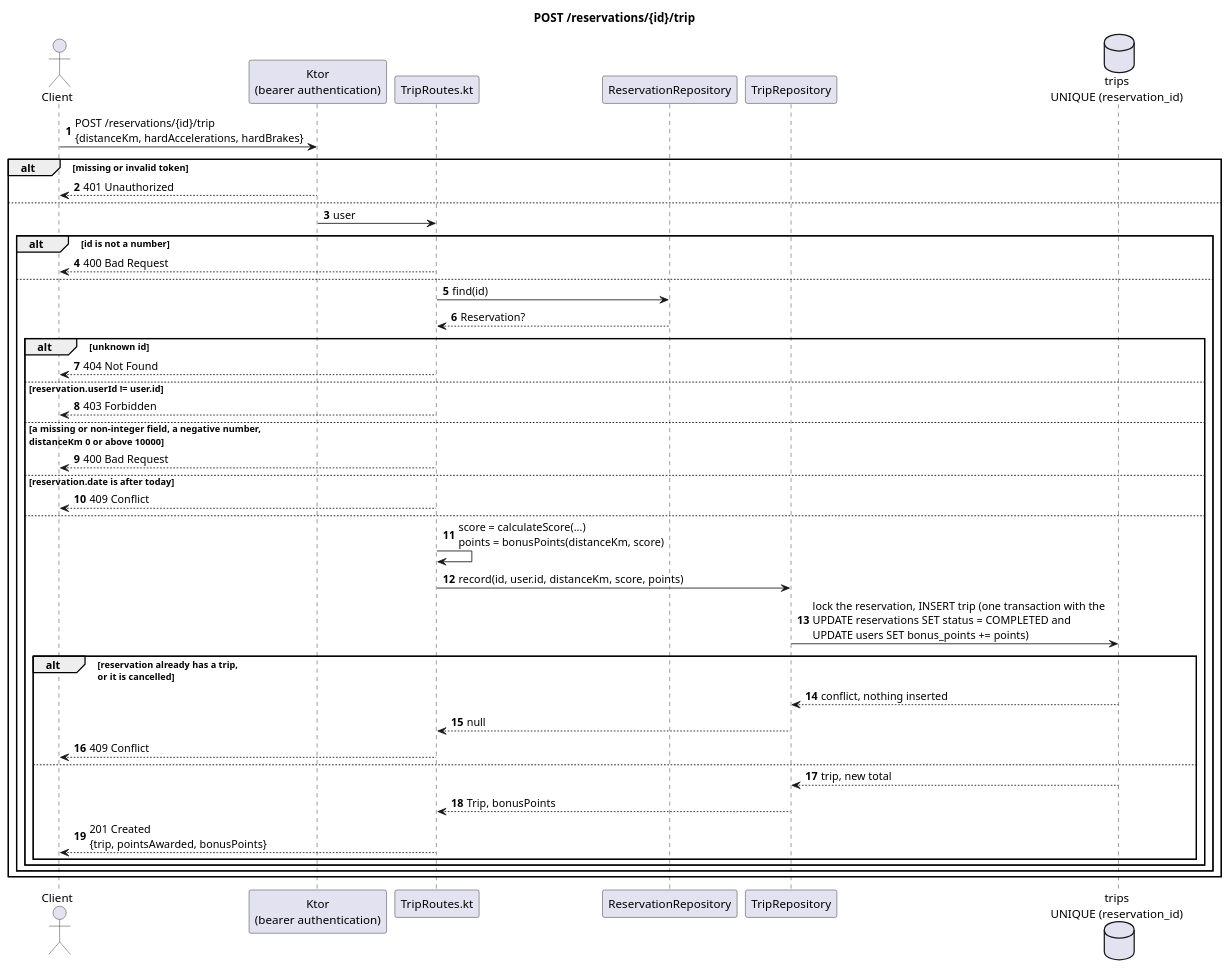
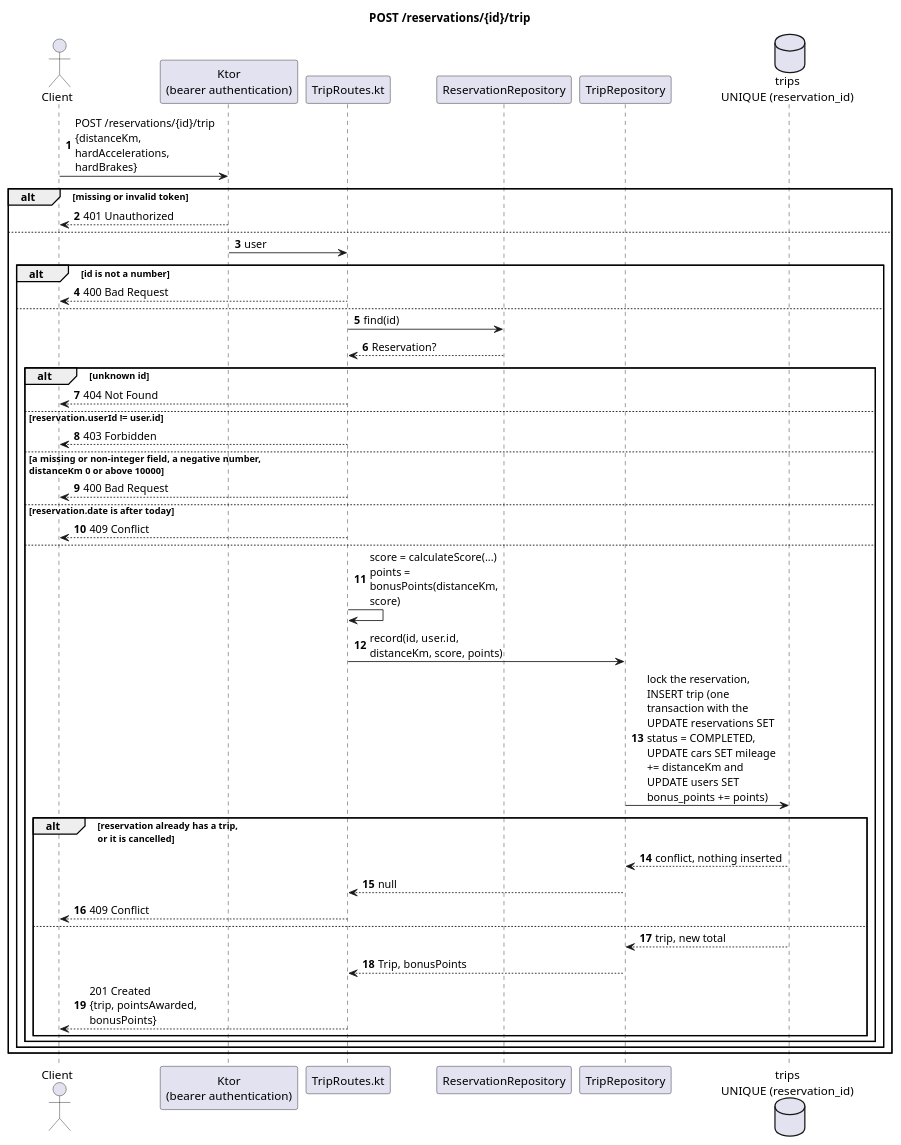
The diagram in docs/diagrams/sequence-record-trip.puml (Rent-a-car-38291/rent-a-car), drawn with PlantUML before and after one commit. The commit also changed 3 other files, not shown here.

Commit message:
Show the mileage update in the trip diagram and narrow the login and trip diagrams

```diff
--- a/docs/diagrams/sequence-record-trip.puml
+++ b/docs/diagrams/sequence-record-trip.puml
@@ -1,47 +1,49 @@
 @startuml
 title POST /reservations/{id}/trip
 autonumber
+skinparam maxMessageSize 170
+skinparam wrapWidth 200
 
 actor Client
 participant "Ktor\n(bearer authentication)" as Auth
 participant "TripRoutes.kt" as Route
 participant "ReservationRepository" as Reservations
 participant "TripRepository" as Repo
 database "trips\nUNIQUE (reservation_id)" as Db
 
 Client -> Auth : POST /reservations/{id}/trip\n{distanceKm, hardAccelerations, hardBrakes}
 alt missing or invalid token
   Auth --> Client : 401 Unauthorized
 else
   Auth -> Route : user
   alt id is not a number
     Route --> Client : 400 Bad Request
   else
     Route -> Reservations : find(id)
     Reservations --> Route : Reservation?
     alt unknown id
       Route --> Client : 404 Not Found
     else reservation.userId != user.id
       Route --> Client : 403 Forbidden
     else a missing or non-integer field, a negative number,\ndistanceKm 0 or above 10000
       Route --> Client : 400 Bad Request
     else reservation.date is after today
       Route --> Client : 409 Conflict
     else
       Route -> Route : score = calculateScore(...)\npoints = bonusPoints(distanceKm, score)
       Route -> Repo : record(id, user.id, distanceKm, score, points)
-      Repo -> Db : lock the reservation, INSERT trip (one transaction with the\nUPDATE reservations SET status = COMPLETED and\nUPDATE users SET bonus_points += points)
+      Repo -> Db : lock the reservation, INSERT trip (one transaction with the\nUPDATE reservations SET status = COMPLETED,\nUPDATE cars SET mileage += distanceKm and\nUPDATE users SET bonus_points += points)
       alt reservation already has a trip,\nor it is cancelled
         Db --> Repo : conflict, nothing inserted
         Repo --> Route : null
         Route --> Client : 409 Conflict
       else
         Db --> Repo : trip, new total
         Repo --> Route : Trip, bonusPoints
         Route --> Client : 201 Created\n{trip, pointsAwarded, bonusPoints}
       end
     end
   end
 end
 
 @enduml
```
